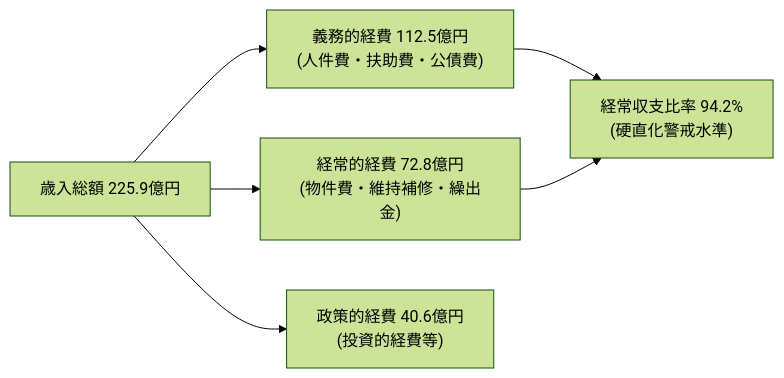
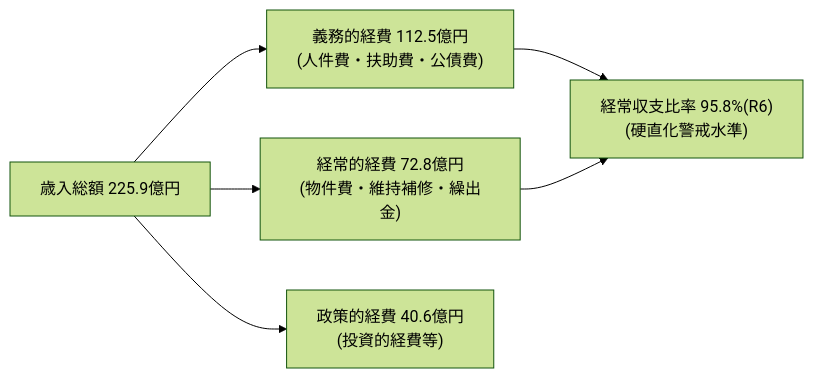
One commit to koji0903/uto-knowledge changed the diagram in civic/uto-os-analysis/01_財政・公会計/宇土市_財政構造診断_総括.md. Above: the diagram before and after it, drawn with Mermaid (forest theme). The commit also changed other lines of this file and 83 other files, not shown here.

````diff
--- a/civic/uto-os-analysis/01_財政・公会計/宇土市_財政構造診断_総括.md
+++ b/civic/uto-os-analysis/01_財政・公会計/宇土市_財政構造診断_総括.md
@@ -21,9 +23,9 @@
 ```mermaid
 flowchart LR
     A["歳入総額 225.9億円"] --> B["義務的経費 112.5億円<br/>(人件費・扶助費・公債費)"]
     A --> C["経常的経費 72.8億円<br/>(物件費・維持補修・繰出金)"]
     A --> D["政策的経費 40.6億円<br/>(投資的経費等)"]
 
-    B --> E["経常収支比率 94.2%<br/>(硬直化警戒水準)"]
+    B --> E["経常収支比率 95.8%(R6)<br/>(硬直化警戒水準)"]
     C --> E
 ```
````
